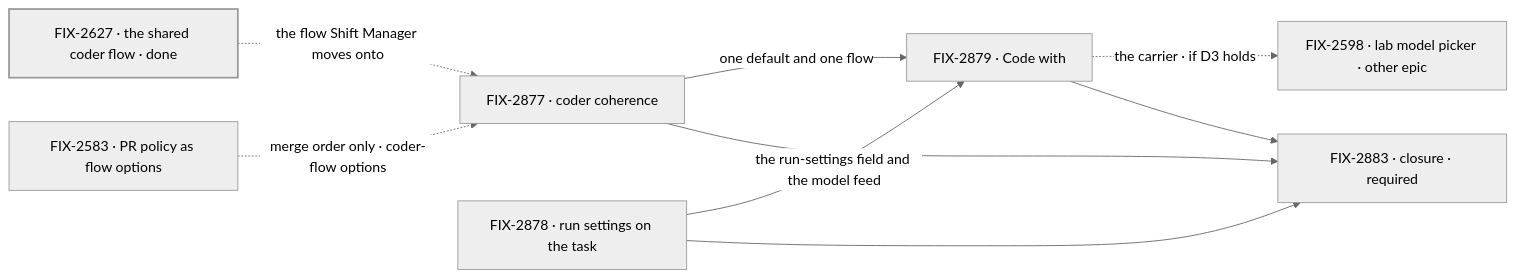
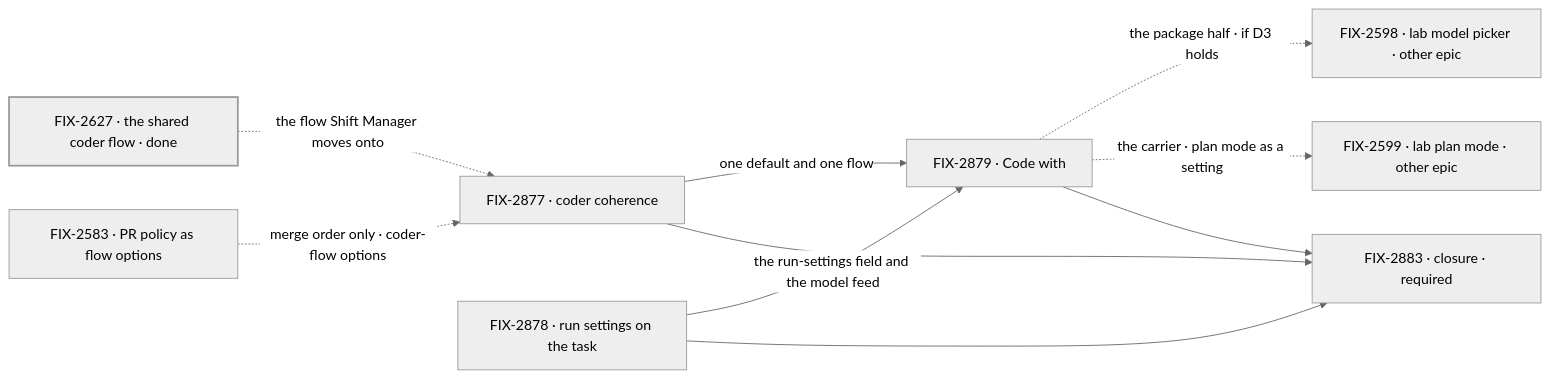
One commit to fixpoint-labs/flow-state-dev changed the second of 2 diagrams in specs/epics/FIX-2876/SPEC.md. Above: the diagram before and after it, drawn with Mermaid (neutral theme). The commit also changed other lines of this file and 4 other files, not shown here.

````diff
--- a/specs/epics/FIX-2876/SPEC.md
+++ b/specs/epics/FIX-2876/SPEC.md
@@ -85,13 +86,14 @@
 ```mermaid
 flowchart LR
   G["FIX-2627 · the shared coder flow · done"] -.->|"the flow Shift Manager moves onto"| A
   Q["FIX-2583 · PR policy as flow options"] -.->|"merge order only · coder-flow options"| A
   A["FIX-2877 · coder coherence"] -->|"one default and one flow"| C["FIX-2879 · Code with"]
   B["FIX-2878 · run settings on the task"] -->|"the run-settings field and the model feed"| C
-  C -.->|"the carrier · if D3 holds"| L["FIX-2598 · lab model picker · other epic"]
+  C -.->|"the package half · if D3 holds"| L["FIX-2598 · lab model picker · other epic"]
+  C -.->|"the carrier · plan mode as a setting"| M["FIX-2599 · lab plan mode · other epic"]
   A --> Z["FIX-2883 · closure · required"]
   B --> Z
   C --> Z
   classDef done stroke-width:2px
   class G done
 ```
````
